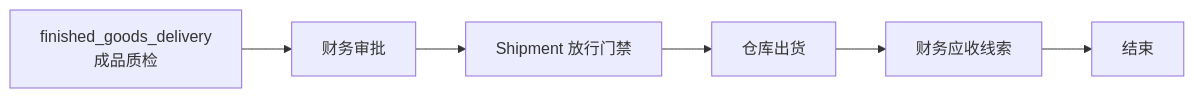
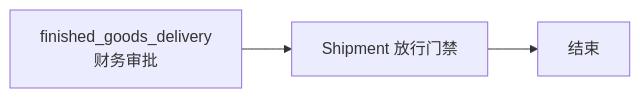
One commit to saurick/plush-toy-erp changed diagram 17 of 17 in docs/customers/yoyoosun/角色能力与流程矩阵.md. Above: the diagram before and after it, drawn with Mermaid. The commit also changed other lines of this file and 107 other files, not shown here.

````diff
--- a/docs/customers/yoyoosun/角色能力与流程矩阵.md
+++ b/docs/customers/yoyoosun/角色能力与流程矩阵.md
@@ -827,4 +823,4 @@
 ```mermaid
 flowchart LR
-  d1["finished_goods_delivery<br/>成品质检"] --> d2["财务审批"] --> d3["Shipment 放行门禁"] --> d4["仓库出货"] --> d5["财务应收线索"] --> d6["结束"]
+  d1["finished_goods_delivery<br/>财务审批"] --> d2["Shipment 放行门禁"] --> d3["结束"]
 ```
````
